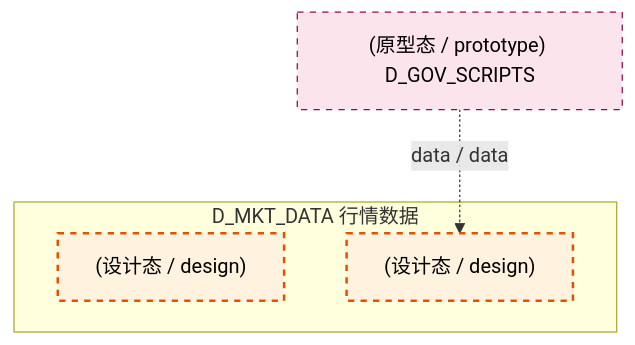
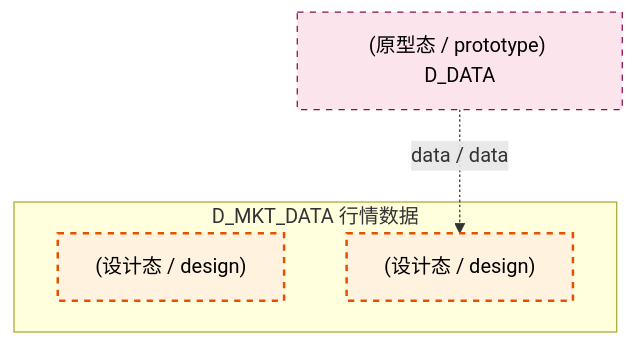
Before and after one commit to xuanFelixVan/ZephyrAlpha: the second of 4 diagrams in docs/02_enterprise_architecture/02_domain_architecture_docs/20_d_mkt_data.md, drawn with Mermaid. The commit also changed other lines of this file and 125 other files, not shown here.

````diff
--- a/docs/02_enterprise_architecture/02_domain_architecture_docs/20_d_mkt_data.md
+++ b/docs/02_enterprise_architecture/02_domain_architecture_docs/20_d_mkt_data.md
@@ -107,15 +107,15 @@
 ```mermaid
 graph TD
     subgraph D_MKT_DATA["D_MKT_DATA 行情数据"]
         docs_03_modules_cross_layer_database_sub_blueprints_c1_market_clickhouse_md["(设计态 / design) "]
         docs_03_modules_domain_data_data_source_operation_manual_md["(设计态 / design) "]
     end
-    D_GOV_SCRIPTS["(原型态 / prototype) D_GOV_SCRIPTS"]
-    D_GOV_SCRIPTS -.->|data / data| docs_03_modules_domain_data_data_source_operation_manual_md
+    D_DATA["(原型态 / prototype) D_DATA"]
+    D_DATA -.->|data / data| docs_03_modules_domain_data_data_source_operation_manual_md
     classDef production fill:#e1f5fe,stroke:#01579b,stroke-width:2px,color:#000
     classDef design fill:#fff3e0,stroke:#e65100,stroke-width:2px,color:#000,stroke-dasharray: 5 5
     classDef external_prod fill:#e8f5e9,stroke:#1b5e20,stroke-width:1px,color:#000
     classDef external_design fill:#fce4ec,stroke:#880e4f,stroke-width:1px,color:#000,stroke-dasharray: 5 5
     class docs_03_modules_cross_layer_database_sub_blueprints_c1_market_clickhouse_md,docs_03_modules_domain_data_data_source_operation_manual_md design
-    class D_GOV_SCRIPTS external_design
+    class D_DATA external_design
 ```
````
